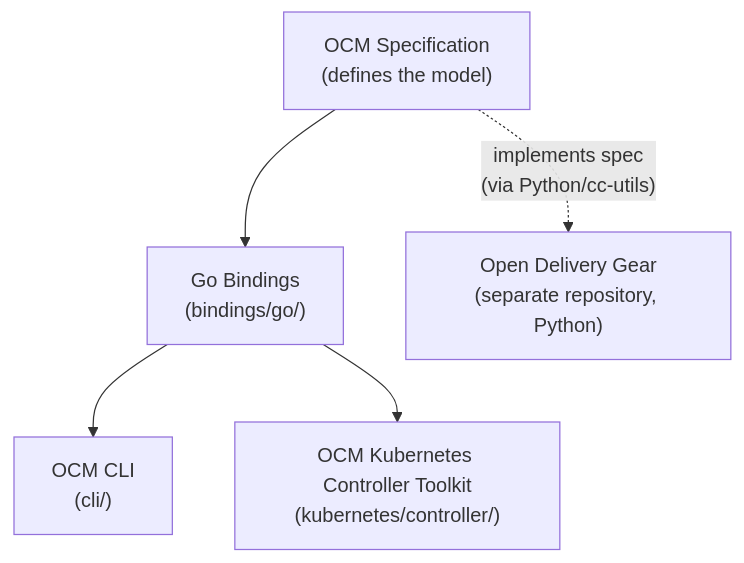
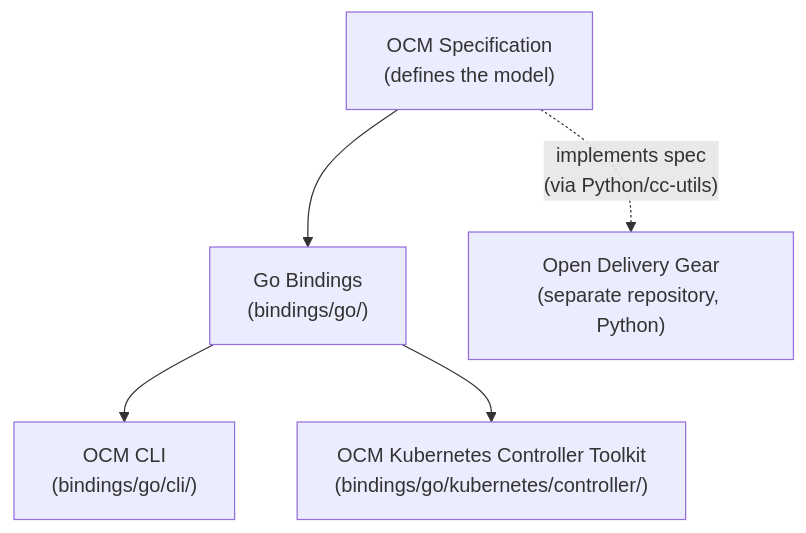
One commit to open-component-model/open-component-model changed the second of 2 diagrams in website/content/community/onboarding.md. Above: the diagram before and after it, drawn with Mermaid. The commit also changed other lines of this file and 649 other files, not shown here.

Commit message:
chore!: Move CLI & Controller into `bindings/go` (#3522)

````diff
--- a/website/content/community/onboarding.md
+++ b/website/content/community/onboarding.md
@@ -100,13 +102,13 @@
 ```mermaid
 flowchart TD
     Spec["OCM Specification\n(defines the model)"]
     Go["Go Bindings\n(bindings/go/)"]
-    CLI["OCM CLI\n(cli/)"]
-    Controllers["OCM Kubernetes Controller Toolkit\n(kubernetes/controller/)"]
+    CLI["OCM CLI\n(bindings/go/cli/)"]
+    Controllers["OCM Kubernetes Controller Toolkit\n(bindings/go/kubernetes/controller/)"]
     ODG["Open Delivery Gear\n(separate repository, Python)"]
 
     Spec --> Go
     Spec -.->|"implements spec\n(via Python/cc-utils)"| ODG
     Go --> CLI
     Go --> Controllers
 ```
````
